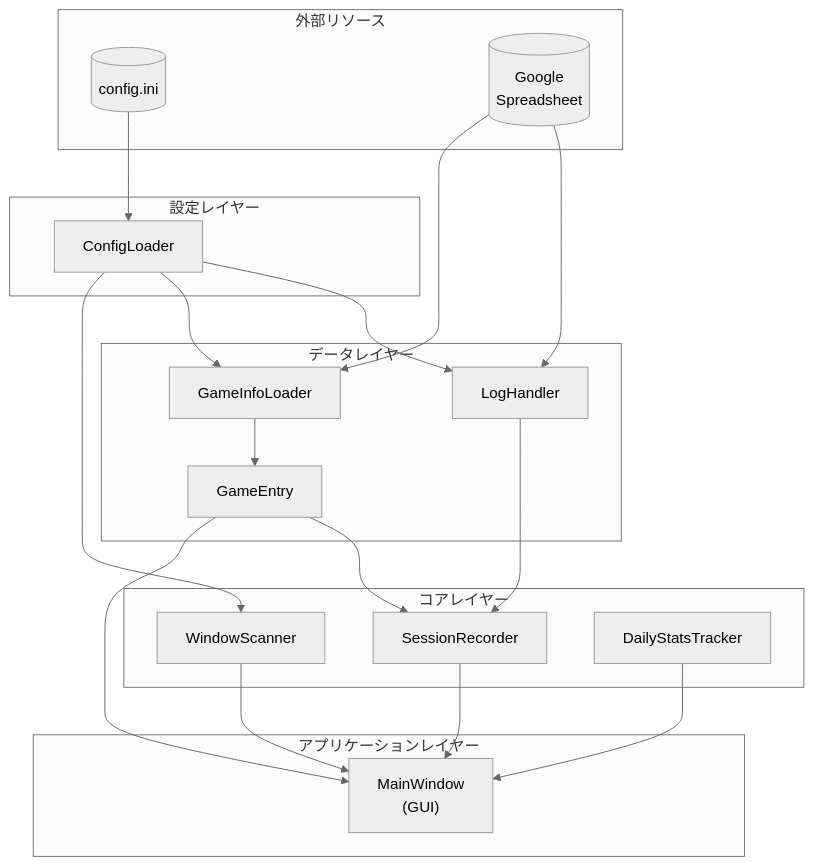
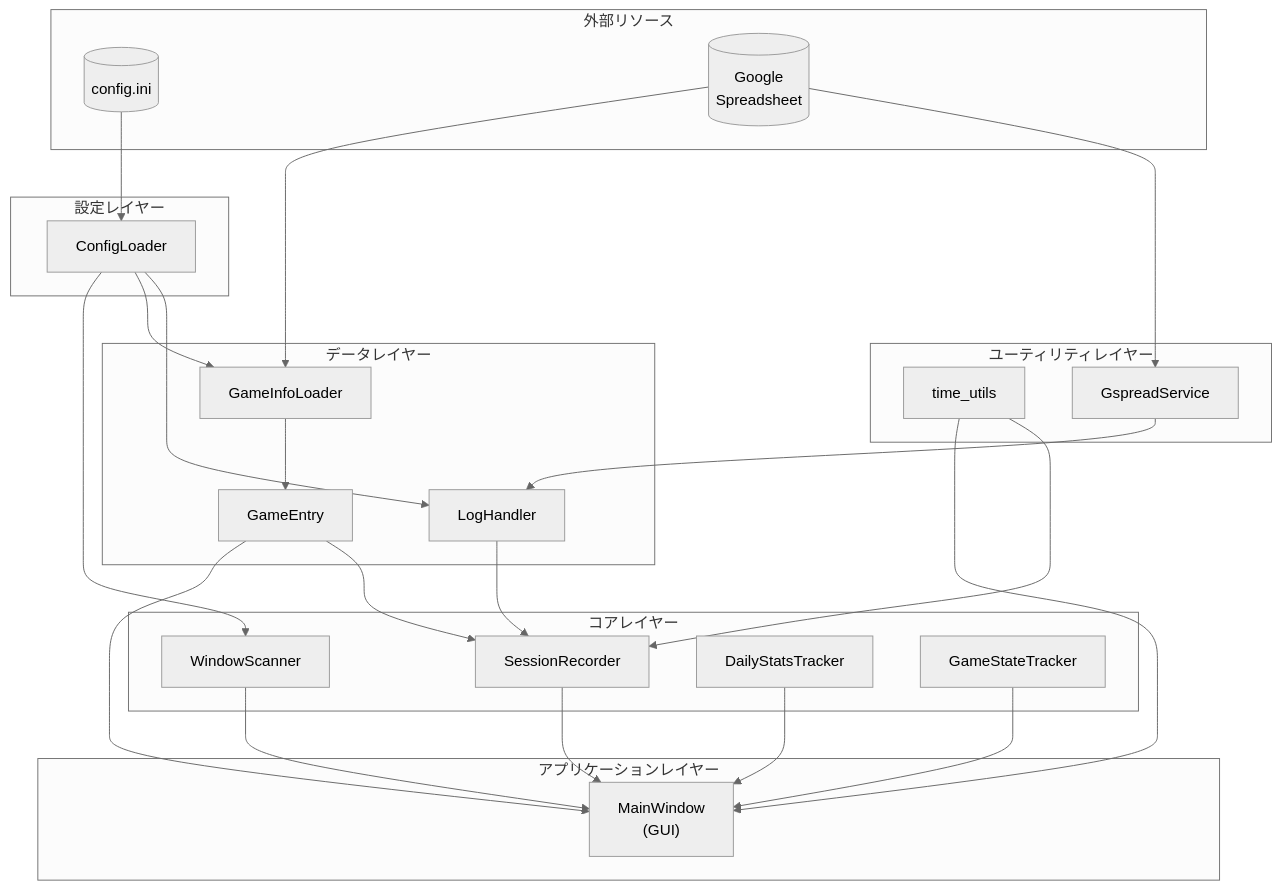
Before and after one commit to ynanigashi/game_time_tracker: the second of 3 diagrams in SPEC.md, drawn with Mermaid (neutral theme). The commit also changed other lines of this file and 12 other files, not shown here.

````diff
--- a/SPEC.md
+++ b/SPEC.md
@@ -122,44 +208,54 @@
 ```mermaid
 flowchart TB
     subgraph External["外部リソース"]
         ConfigFile[("config.ini")]
         Spreadsheet[("Google\nSpreadsheet")]
     end
 
     subgraph ConfigLayer["設定レイヤー"]
         ConfigLoader
+    end
+
+    subgraph UtilLayer["ユーティリティレイヤー"]
+        TimeUtils["time_utils"]
+        GspreadService
     end
 
     subgraph DataLayer["データレイヤー"]
         LogHandler
         GameInfoLoader
         GameEntry
     end
 
     subgraph CoreLayer["コアレイヤー"]
         WindowScanner
         SessionRecorder
         DailyStatsTracker
+        GameStateTracker
     end
 
     subgraph AppLayer["アプリケーションレイヤー"]
         MainWindow["MainWindow\n(GUI)"]
     end
 
     ConfigFile --> ConfigLoader
-    Spreadsheet --> LogHandler
-    Spreadsheet --> GameInfoLoader
+    Spreadsheet --> GspreadService
 
+    GspreadService --> LogHandler
     ConfigLoader --> LogHandler
     ConfigLoader --> GameInfoLoader
     ConfigLoader --> WindowScanner
 
+    Spreadsheet --> GameInfoLoader
     GameInfoLoader --> GameEntry
     LogHandler --> SessionRecorder
     GameEntry --> SessionRecorder
+    TimeUtils --> SessionRecorder
+    TimeUtils --> MainWindow
 
     WindowScanner --> MainWindow
     SessionRecorder --> MainWindow
     GameEntry --> MainWindow
     DailyStatsTracker --> MainWindow
+    GameStateTracker --> MainWindow
 ```
````
